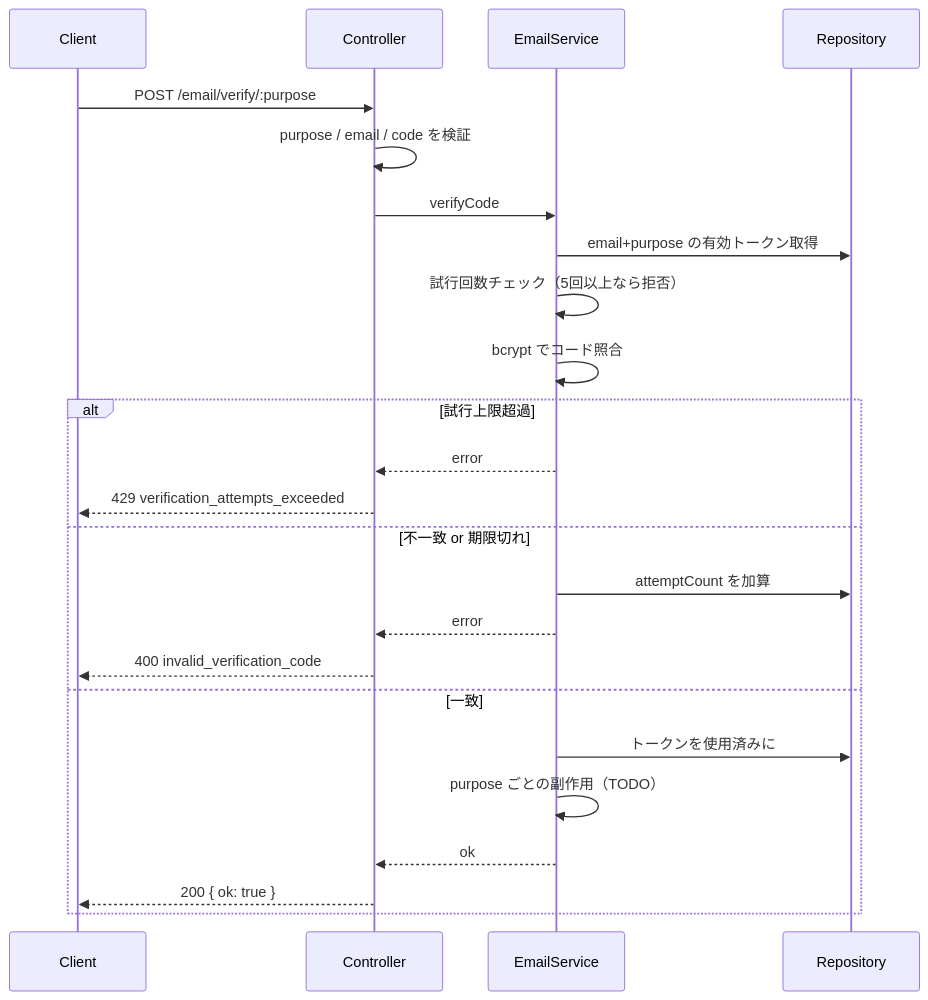
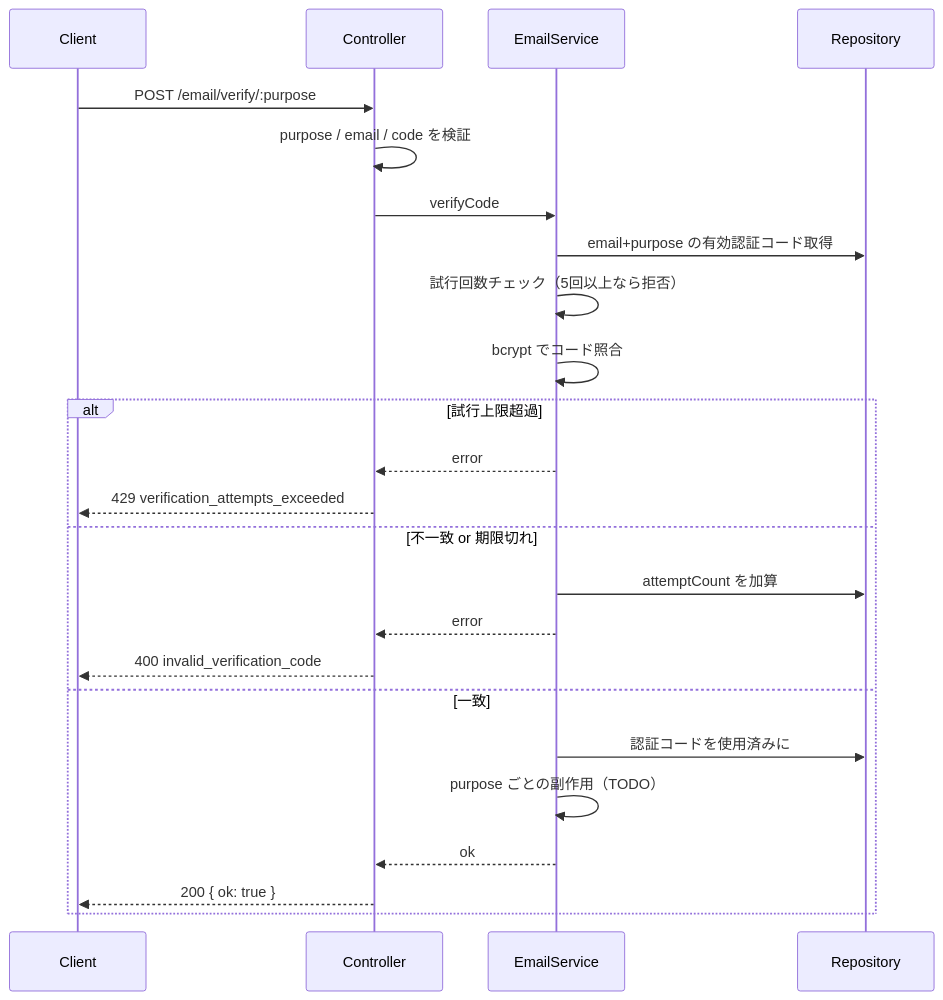
Before and after one commit to ukyo1114/waka-script: the second of 2 diagrams in packages/backend/docs/email.md, drawn with Mermaid. The commit also changed other lines of this file and 14 other files, not shown here.

````diff
--- a/packages/backend/docs/email.md
+++ b/packages/backend/docs/email.md
@@ -87,27 +90,27 @@
 ```mermaid
 sequenceDiagram
   participant C as Client
   participant Ctrl as Controller
   participant Svc as EmailService
   participant Repo as Repository
 
   C->>Ctrl: POST /email/verify/:purpose
   Ctrl->>Ctrl: purpose / email / code を検証
   Ctrl->>Svc: verifyCode
-  Svc->>Repo: email+purpose の有効トークン取得
+  Svc->>Repo: email+purpose の有効認証コード取得
   Svc->>Svc: 試行回数チェック（5回以上なら拒否）
   Svc->>Svc: bcrypt でコード照合
   alt 試行上限超過
     Svc-->>Ctrl: error
     Ctrl-->>C: 429 verification_attempts_exceeded
   else 不一致 or 期限切れ
     Svc->>Repo: attemptCount を加算
     Svc-->>Ctrl: error
     Ctrl-->>C: 400 invalid_verification_code
   else 一致
-    Svc->>Repo: トークンを使用済みに
+    Svc->>Repo: 認証コードを使用済みに
     Svc->>Svc: purpose ごとの副作用（TODO）
     Svc-->>Ctrl: ok
     Ctrl-->>C: 200 { ok: true }
   end
 ```
````
